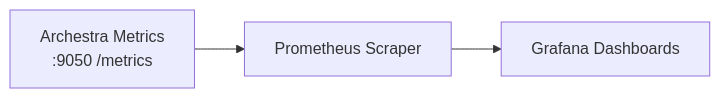
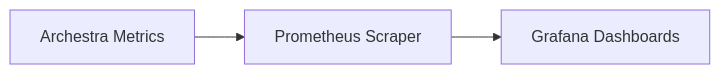
Before and after one commit to TheKumaara/AgentFabric: the second of 2 diagrams in README.md, drawn with Mermaid. The commit also changed other lines of this file, not shown here.

Commit message:
docs: Add Archestra Metrics, Prometheus, and Grafana to the system diagram and simplify gateway descriptions.

````diff
--- a/README.md
+++ b/README.md
@@ -87,10 +96,10 @@
 ```mermaid
 flowchart LR
 
-    Archestra["Archestra Metrics<br/>:9050 /metrics"]
+    Archestra["Archestra Metrics"]
     Prometheus["Prometheus Scraper"]
     Grafana["Grafana Dashboards"]
 
     Archestra --> Prometheus
     Prometheus --> Grafana
 ```
````
